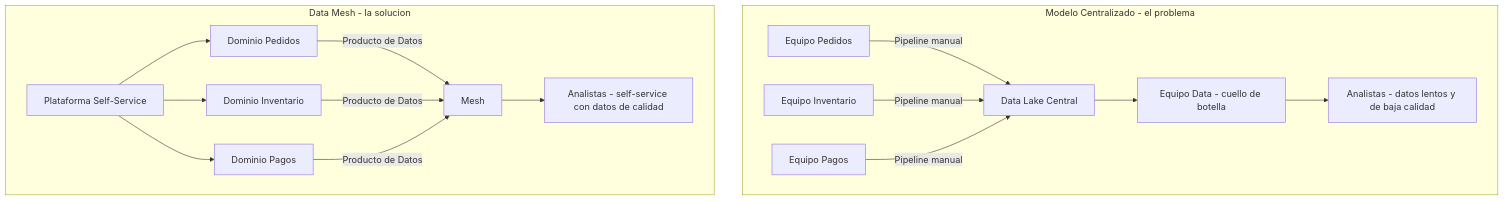
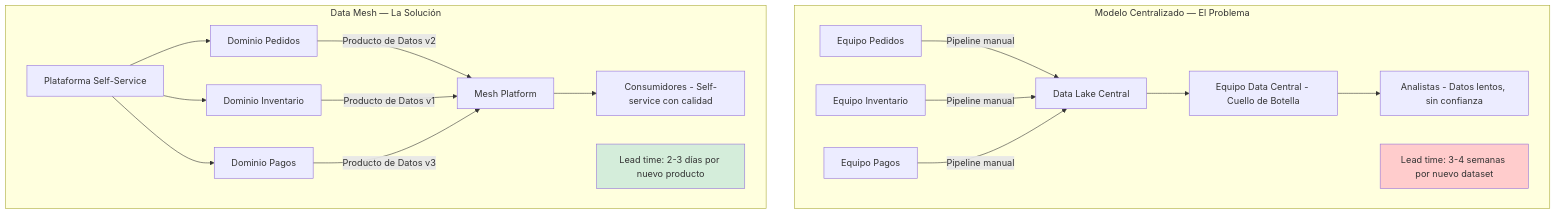
One commit to Joaquinriosheredia/DAM-Java-Mastery changed the first of 4 diagrams in 07_BigData_Streaming/data_mesh:_descentralización_de_la_propiedad_del_dato_STAFF.md. Above: the diagram before and after it, drawn with Mermaid. The commit also changed other lines of this file, not shown here.

Commit message:
data_mesh:_descentralización_de_la_propiedad_del_dato_STAFF.md

````diff
--- a/07_BigData_Streaming/data_mesh:_descentralización_de_la_propiedad_del_dato_STAFF.md
+++ b/07_BigData_Streaming/data_mesh:_descentralización_de_la_propiedad_del_dato_STAFF.md
@@ -28,19 +67,25 @@
 ```mermaid
 graph TD
-    subgraph Modelo Centralizado - el problema
+    subgraph "Modelo Centralizado — El Problema"
         A[Equipo Pedidos] -->|Pipeline manual| B[Data Lake Central]
         C[Equipo Inventario] -->|Pipeline manual| B
         D[Equipo Pagos] -->|Pipeline manual| B
-        B --> E[Equipo Data - cuello de botella]
-        E --> F[Analistas - datos lentos y de baja calidad]
+        B --> E[Equipo Data Central - Cuello de Botella]
+        E --> F[Analistas - Datos lentos, sin confianza]
+        NOTE1[Lead time: 3-4 semanas por nuevo dataset]
     end
-    subgraph Data Mesh - la solucion
-        G[Dominio Pedidos] -->|Producto de Datos| H[Mesh]
-        I[Dominio Inventario] -->|Producto de Datos| H
-        J[Dominio Pagos] -->|Producto de Datos| H
-        H --> K[Analistas - self-service con datos de calidad]
+    
+    subgraph "Data Mesh — La Solución"
+        G[Dominio Pedidos] -->|Producto de Datos v2| H[Mesh Platform]
+        I[Dominio Inventario] -->|Producto de Datos v1| H
+        J[Dominio Pagos] -->|Producto de Datos v3| H
+        H --> K[Consumidores - Self-service con calidad]
         L[Plataforma Self-Service] --> G
         L --> I
         L --> J
+        NOTE2[Lead time: 2-3 días por nuevo producto]
     end
+    
+    style NOTE1 fill:#ffcccc
+    style NOTE2 fill:#d4edda
 ```
````
